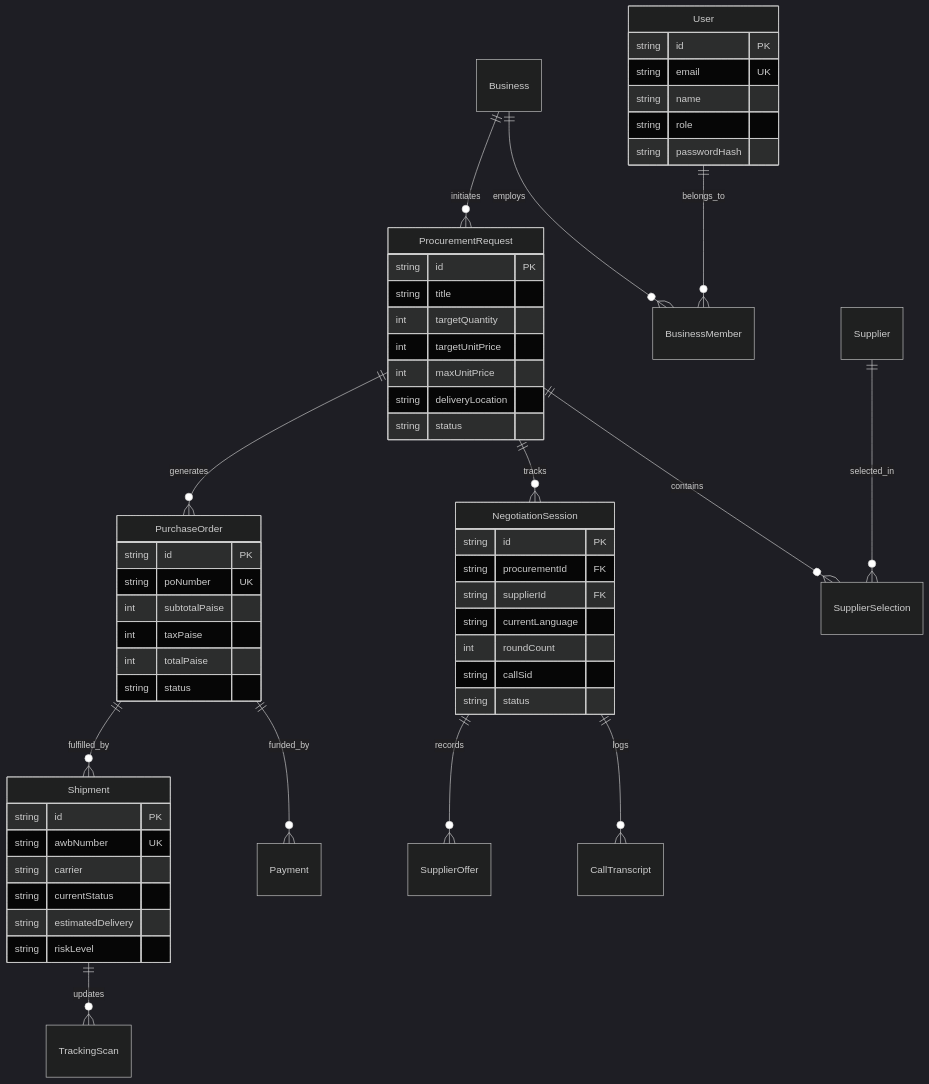
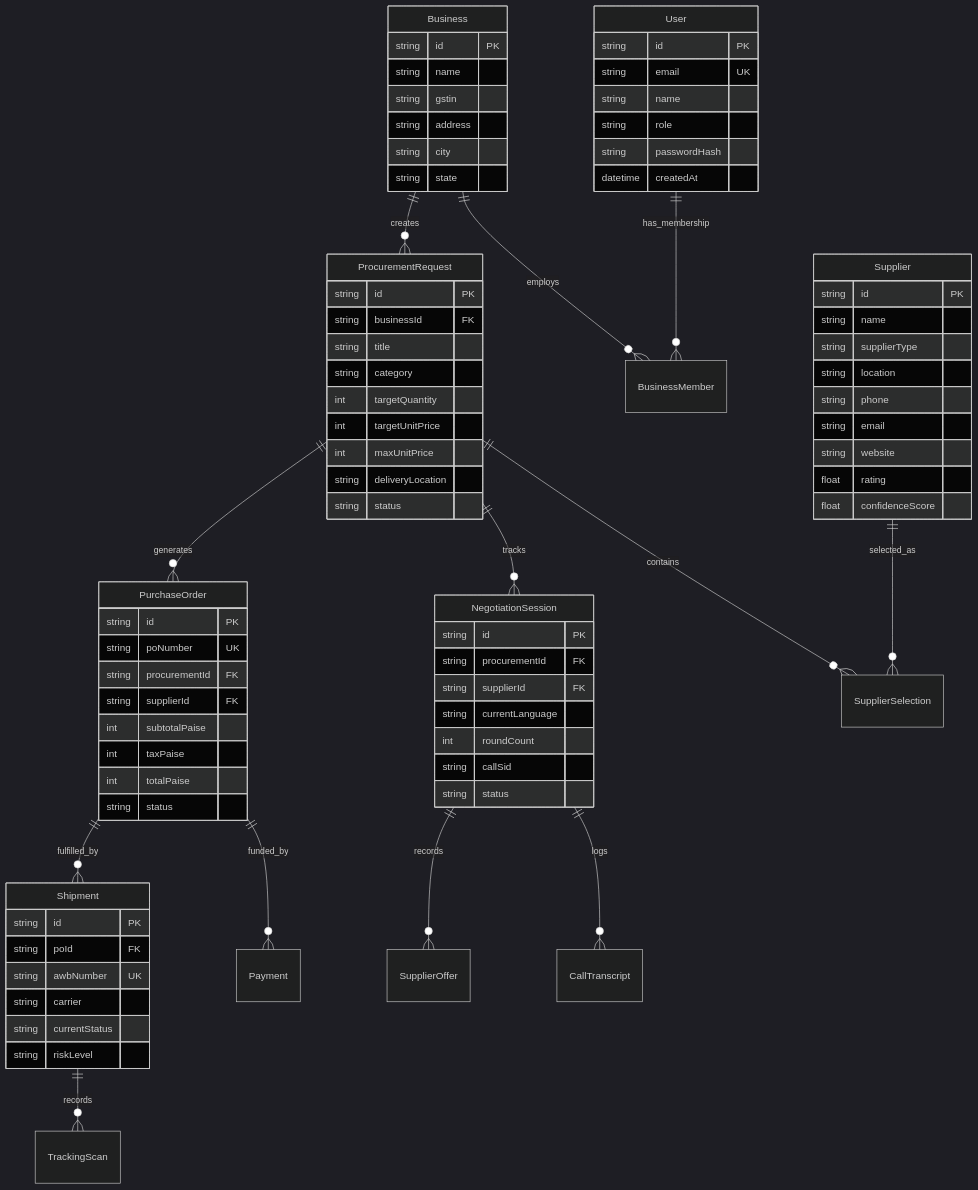
One commit to DKK-CUBER/procua changed the seventh of 7 diagrams in README.md. Above: the diagram before and after it, drawn with Mermaid (dark theme). The commit also changed other lines of this file, not shown here.

Commit message:
docs: complete enterprise-grade 1500+ word README with detailed system architectures, Mermaid diagrams, state machines, sequence flows, and API specifications

````diff
--- a/README.md
+++ b/README.md
@@ -173,17 +313,17 @@
 ```mermaid
 erDiagram
-    User ||--o{ BusinessMember : belongs_to
+    User ||--o{ BusinessMember : has_membership
     Business ||--o{ BusinessMember : employs
-    Business ||--o{ ProcurementRequest : initiates
+    Business ||--o{ ProcurementRequest : creates
     ProcurementRequest ||--o{ SupplierSelection : contains
-    Supplier ||--o{ SupplierSelection : selected_in
+    Supplier ||--o{ SupplierSelection : selected_as
     ProcurementRequest ||--o{ NegotiationSession : tracks
     NegotiationSession ||--o{ CallTranscript : logs
     NegotiationSession ||--o{ SupplierOffer : records
     ProcurementRequest ||--o{ PurchaseOrder : generates
     PurchaseOrder ||--o{ Payment : funded_by
     PurchaseOrder ||--o{ Shipment : fulfilled_by
-    Shipment ||--o{ TrackingScan : updates
+    Shipment ||--o{ TrackingScan : records
 
     User {
         string id PK
@@ -191,16 +331,40 @@
         string name
         string role
         string passwordHash
+        datetime createdAt
+    }
+
+    Business {
+        string id PK
+        string name
+        string gstin
+        string address
+        string city
+        string state
     }
 
     ProcurementRequest {
         string id PK
+        string businessId FK
         string title
+        string category
         int targetQuantity
         int targetUnitPrice
         int maxUnitPrice
         string deliveryLocation
         string status
+    }
+
+    Supplier {
+        string id PK
+        string name
+        string supplierType
+        string location
+        string phone
+        string email
+        string website
+        float rating
+        float confidenceScore
     }
 
     NegotiationSession {
@@ -216,6 +380,8 @@
     PurchaseOrder {
         string id PK
         string poNumber UK
+        string procurementId FK
+        string supplierId FK
         int subtotalPaise
         int taxPaise
         int totalPaise
@@ -224,10 +390,10 @@
 
     Shipment {
         string id PK
+        string poId FK
         string awbNumber UK
         string carrier
         string currentStatus
-        string estimatedDelivery
         string riskLevel
     }
 ```
````
